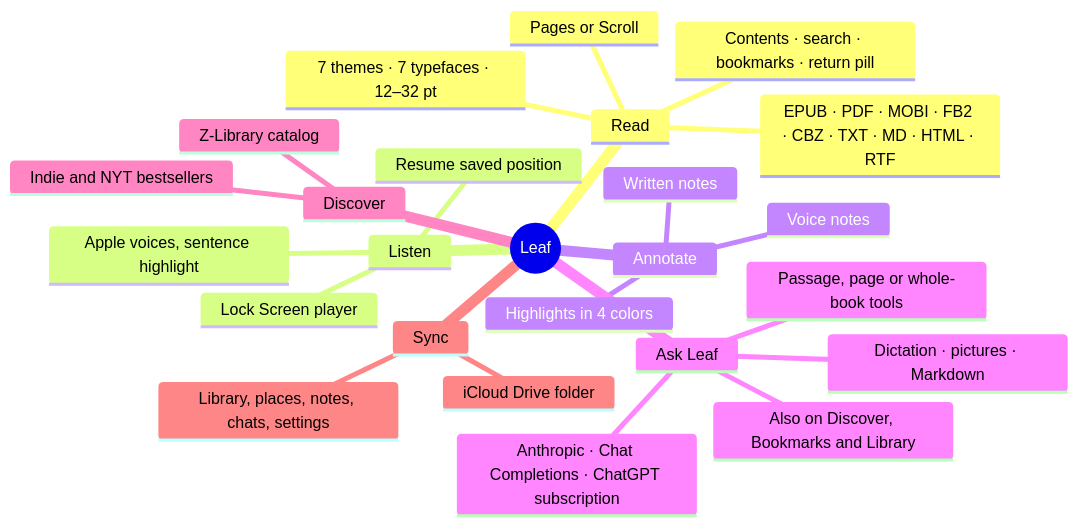
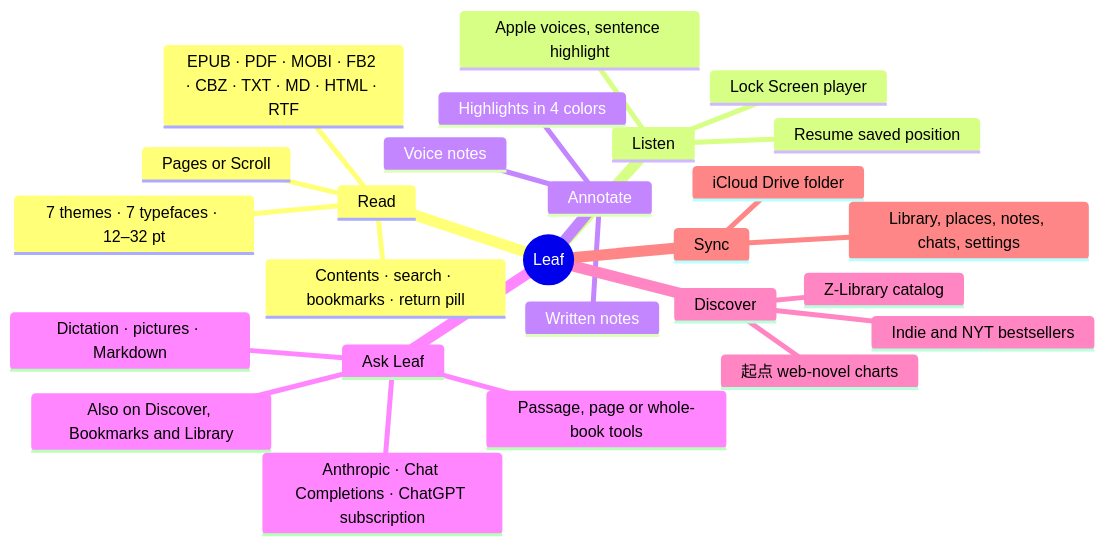
The first of 13 diagrams in README.md (zhaoweigg/ai_reader), drawn with Mermaid before and after one commit. The commit also changed other lines of this file and 23 other files, not shown here.

First line of the commit message:
Add 起点 web-novel charts to Discover (Leaf 1.41.0, build 157) (#144)

````diff
--- a/README.md
+++ b/README.md
@@ -5,28 +5,29 @@
 ```mermaid
 mindmap
   root((Leaf))
     Read
       EPUB · PDF · MOBI · FB2 · CBZ · TXT · MD · HTML · RTF
       Pages or Scroll
       7 themes · 7 typefaces · 12–32 pt
       Contents · search · bookmarks · return pill
     Listen
       Apple voices, sentence highlight
       Lock Screen player
       Resume saved position
     Annotate
       Highlights in 4 colors
       Written notes
       Voice notes
     Ask Leaf
       Anthropic · Chat Completions · ChatGPT subscription
       Passage, page or whole-book tools
       Also on Discover, Bookmarks and Library
       Dictation · pictures · Markdown
     Discover
       Z-Library catalog
       Indie and NYT bestsellers
+      起点 web-novel charts
     Sync
       iCloud Drive folder
       Library, places, notes, chats, settings
 ```
````
